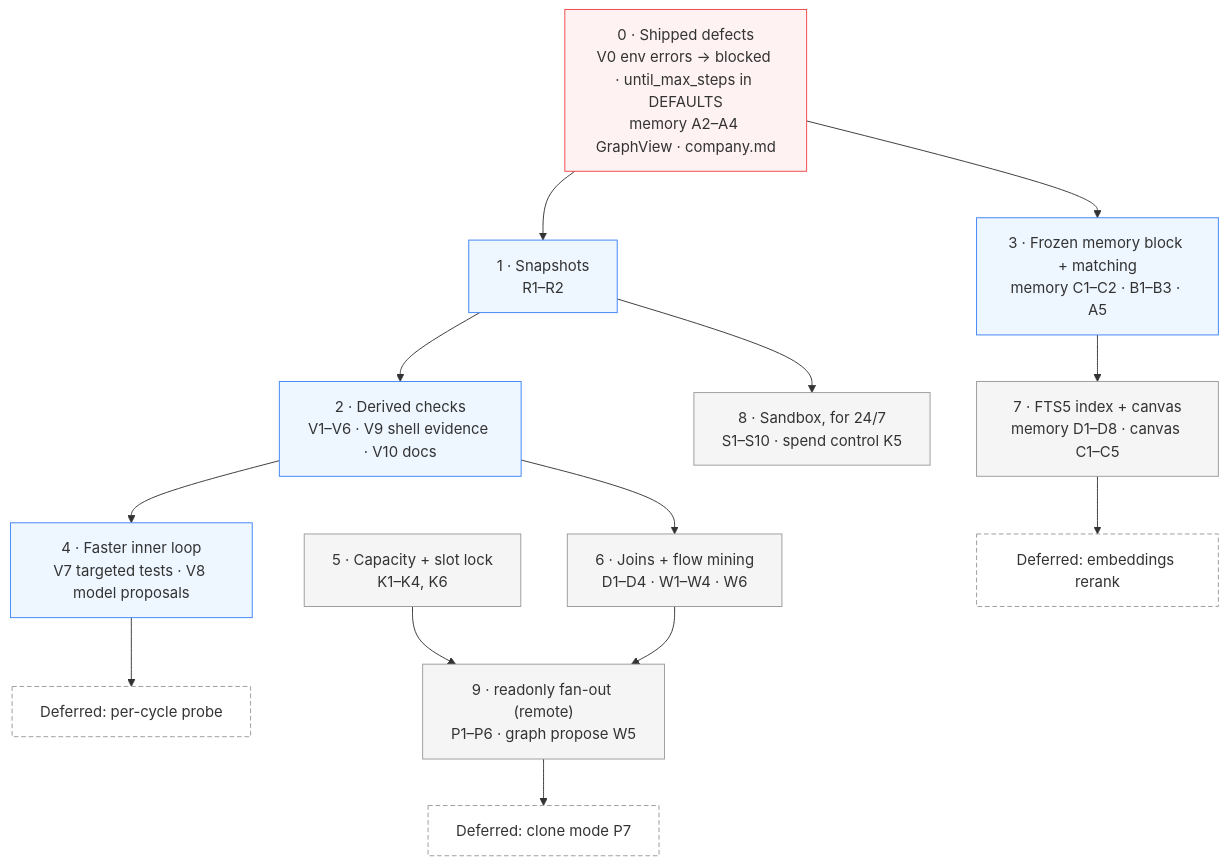
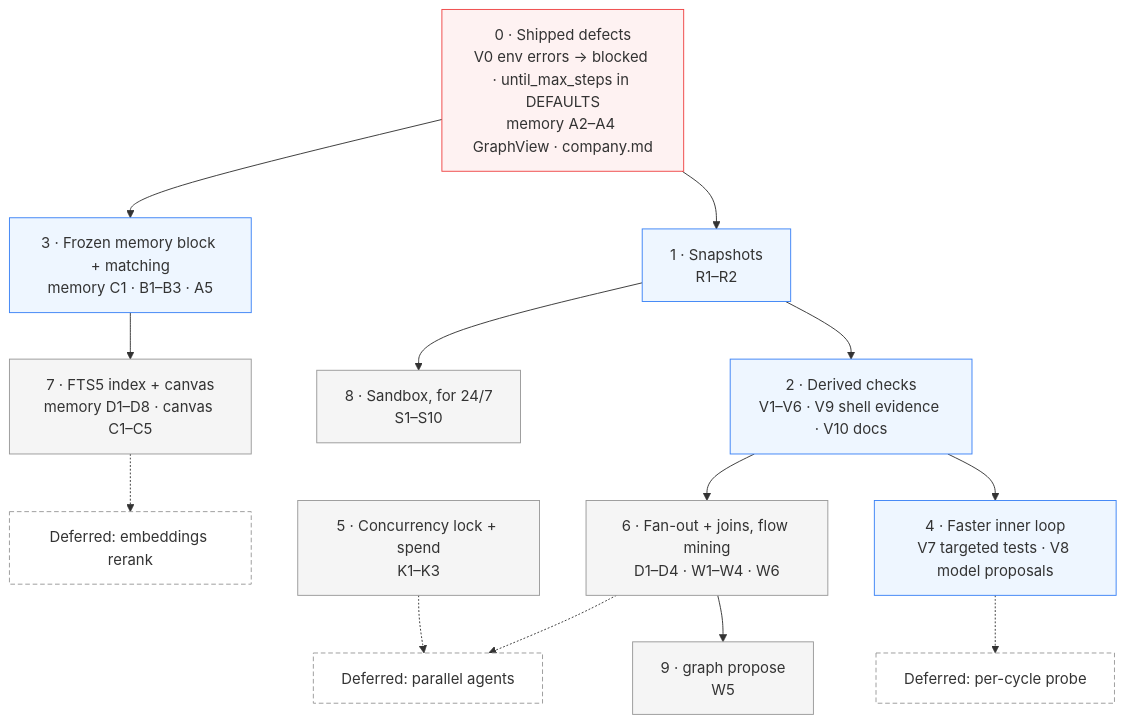
Before and after one commit to XD-Builder/environment-setup: the diagram in lmloop/docs/DESIGN_ROADMAP.md, drawn with Mermaid. The commit also changed other lines of this file and 4 other files, not shown here.

First line of the commit message:
docs: defer parallel agents and apply the config budget

````diff
--- a/lmloop/docs/DESIGN_ROADMAP.md
+++ b/lmloop/docs/DESIGN_ROADMAP.md
@@ -139,33 +139,33 @@
 ```mermaid
 flowchart TD
   classDef now fill:#fef2f2,stroke:#ef4444
   classDef core fill:#eef6ff,stroke:#3b82f6
   classDef later fill:#f5f5f5,stroke:#999
   classDef defer fill:#ffffff,stroke:#999,stroke-dasharray:5 3
 
   s0["0 · Shipped defects<br/>V0 env errors → blocked · until_max_steps in DEFAULTS<br/>memory A2–A4 GraphView · company.md"]:::now
   s1["1 · Snapshots<br/>R1–R2"]:::core
   s2["2 · Derived checks<br/>V1–V6 · V9 shell evidence · V10 docs"]:::core
-  s3["3 · Frozen memory block + matching<br/>memory C1–C2 · B1–B3 · A5"]:::core
+  s3["3 · Frozen memory block + matching<br/>memory C1 · B1–B3 · A5"]:::core
   s4["4 · Faster inner loop<br/>V7 targeted tests · V8 model proposals"]:::core
-  s5["5 · Capacity + slot lock<br/>K1–K4, K6"]:::later
-  s6["6 · Joins + flow mining<br/>D1–D4 · W1–W4 · W6"]:::later
+  s5["5 · Concurrency lock + spend<br/>K1–K3"]:::later
+  s6["6 · Fan-out + joins, flow mining<br/>D1–D4 · W1–W4 · W6"]:::later
   s7["7 · FTS5 index + canvas<br/>memory D1–D8 · canvas C1–C5"]:::later
-  s8["8 · Sandbox, for 24/7<br/>S1–S10 · spend control K5"]:::later
-  s9["9 · readonly fan-out (remote)<br/>P1–P6 · graph propose W5"]:::later
-  x1["Deferred: clone mode P7"]:::defer
+  s8["8 · Sandbox, for 24/7<br/>S1–S10"]:::later
+  s9["9 · graph propose<br/>W5"]:::later
+  x1["Deferred: parallel agents"]:::defer
   x2["Deferred: per-cycle probe"]:::defer
   x3["Deferred: embeddings rerank"]:::defer
 
   s0 --> s1 --> s2
   s2 --> s4
   s0 --> s3
   s3 --> s7
   s2 --> s6
-  s5 --> s9
   s6 --> s9
   s1 --> s8
-  s7 --> x3
-  s9 --> x1
-  s4 --> x2
+  s5 -.-> x1
+  s6 -.-> x1
+  s7 -.-> x3
+  s4 -.-> x2
 ```
````
